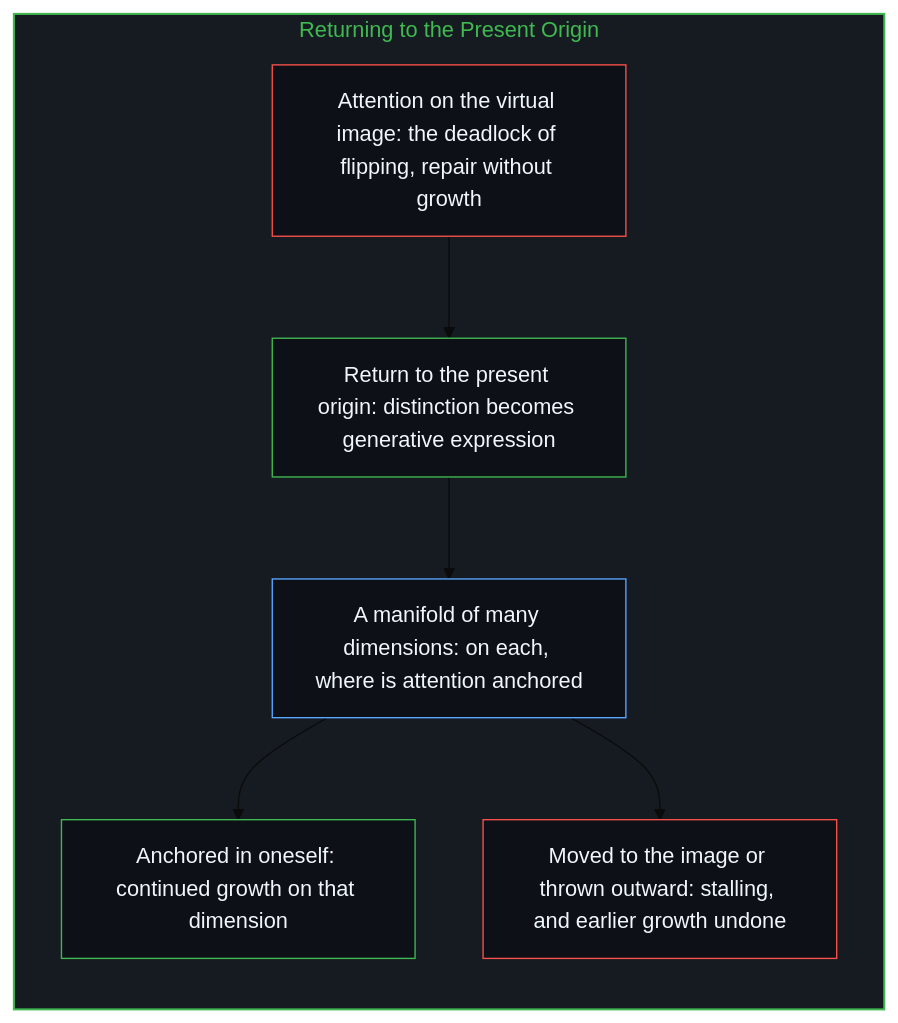
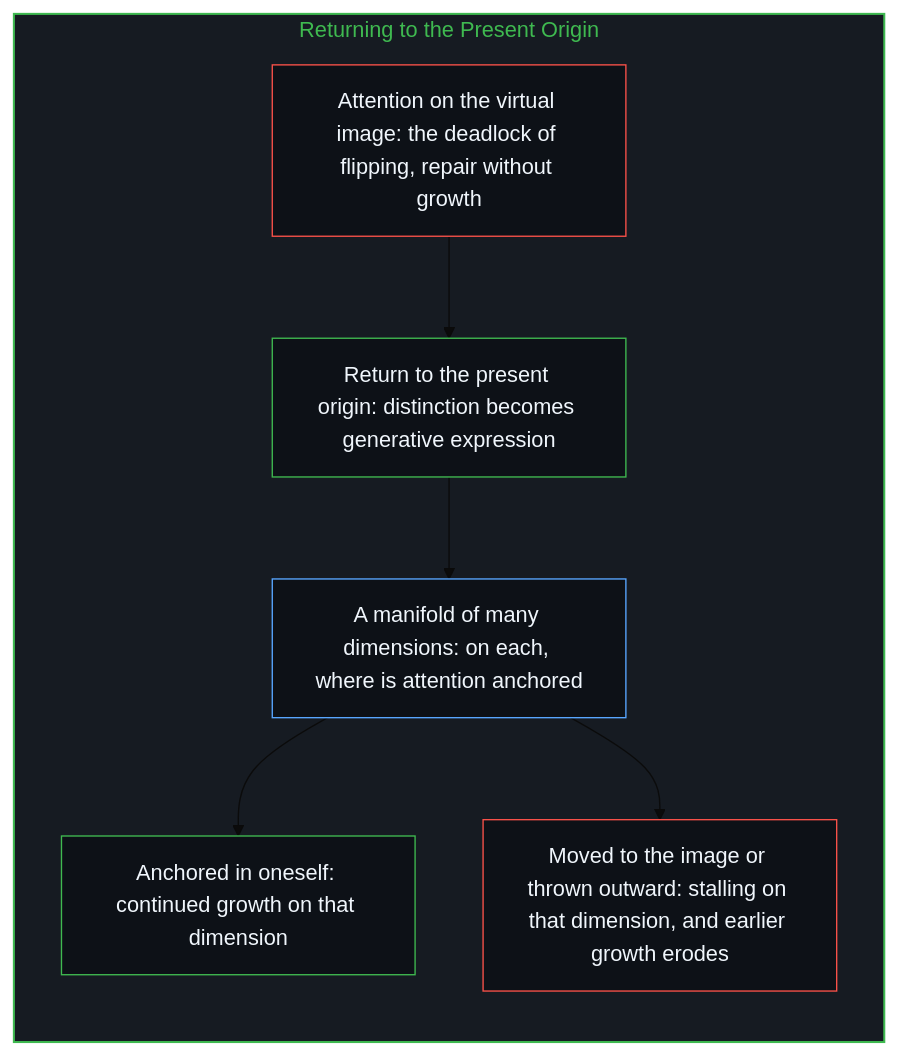
One commit to powerpig99/not-a-toe changed diagram 16 of 18 in content/posts/the-geometry-of-coexistence-and-the-dual-cut.md. Above: the diagram before and after it, drawn with Mermaid (base theme). The commit also changed other lines of this file and 5 other files, not shown here.

````diff
--- a/content/posts/the-geometry-of-coexistence-and-the-dual-cut.md
+++ b/content/posts/the-geometry-of-coexistence-and-the-dual-cut.md
@@ -426,22 +411,21 @@
 ```mermaid
 flowchart TD
     subgraph S_Origin["Returning to the Present Origin"]
         direction TB
         Shadow["Attention on the virtual image: the deadlock of flipping, repair without growth"]
         Present["Return to the present origin: distinction becomes generative expression"]
         Dim["A manifold of many dimensions: on each, where is attention anchored"]
         GrowDim["Anchored in oneself: continued growth on that dimension"]
-        Stall["Moved to the image or thrown outward: stalling, and earlier growth undone"]
+        Stall["Moved to the image or thrown outward: stalling on that dimension, and earlier growth erodes"]
         Shadow --> Present
         Present --> Dim
         Dim --> GrowDim
         Dim --> Stall
     end
-
     style S_Origin fill:#161b22,stroke:#3fb950,stroke-width:1.5px,color:#3fb950
     style Shadow fill:#0d1117,stroke:#f85149,stroke-width:1px,color:#f0f6fc
     style Present fill:#0d1117,stroke:#3fb950,stroke-width:1px,color:#f0f6fc
     style Dim fill:#0d1117,stroke:#58a6ff,stroke-width:1px,color:#f0f6fc
     style GrowDim fill:#0d1117,stroke:#3fb950,stroke-width:1px,color:#f0f6fc
     style Stall fill:#0d1117,stroke:#f85149,stroke-width:1px,color:#f0f6fc
 ```
````
